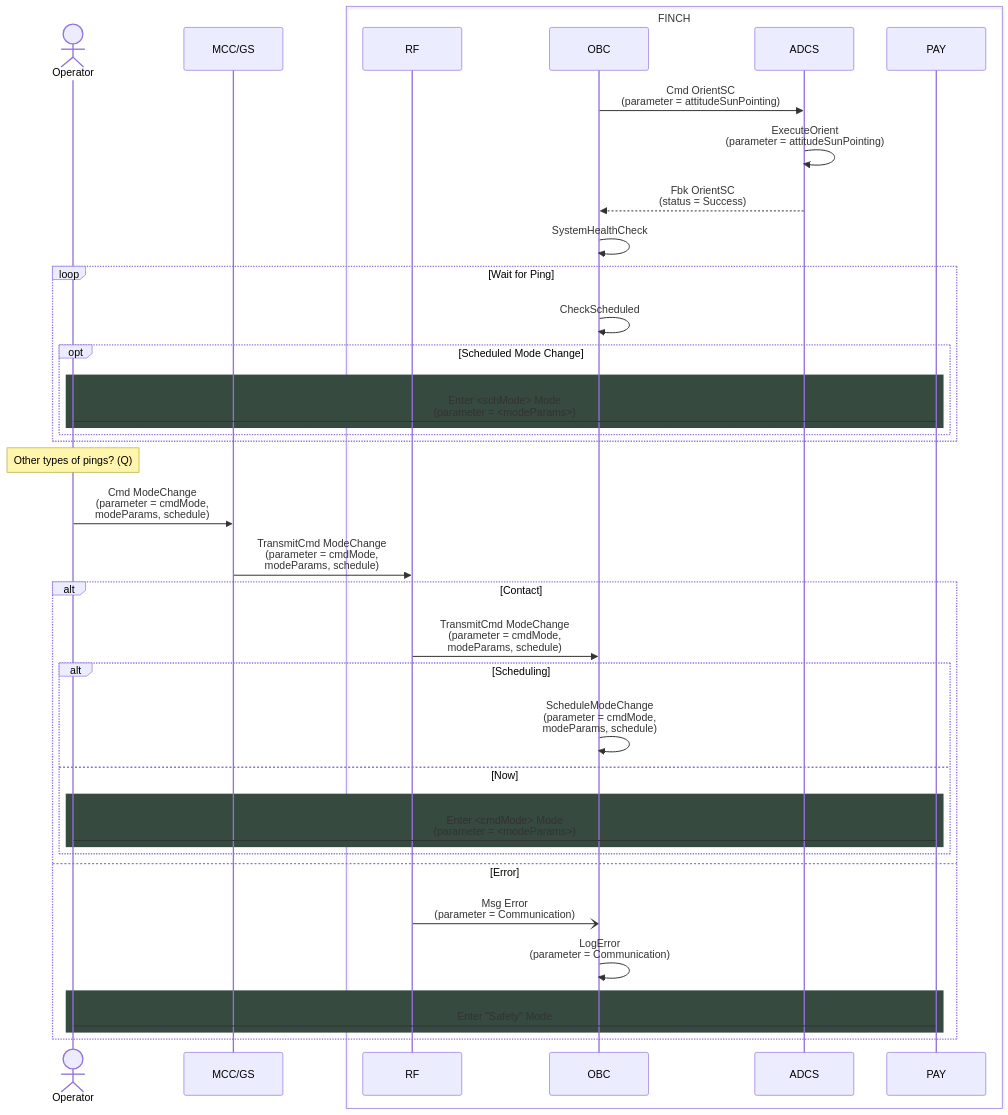
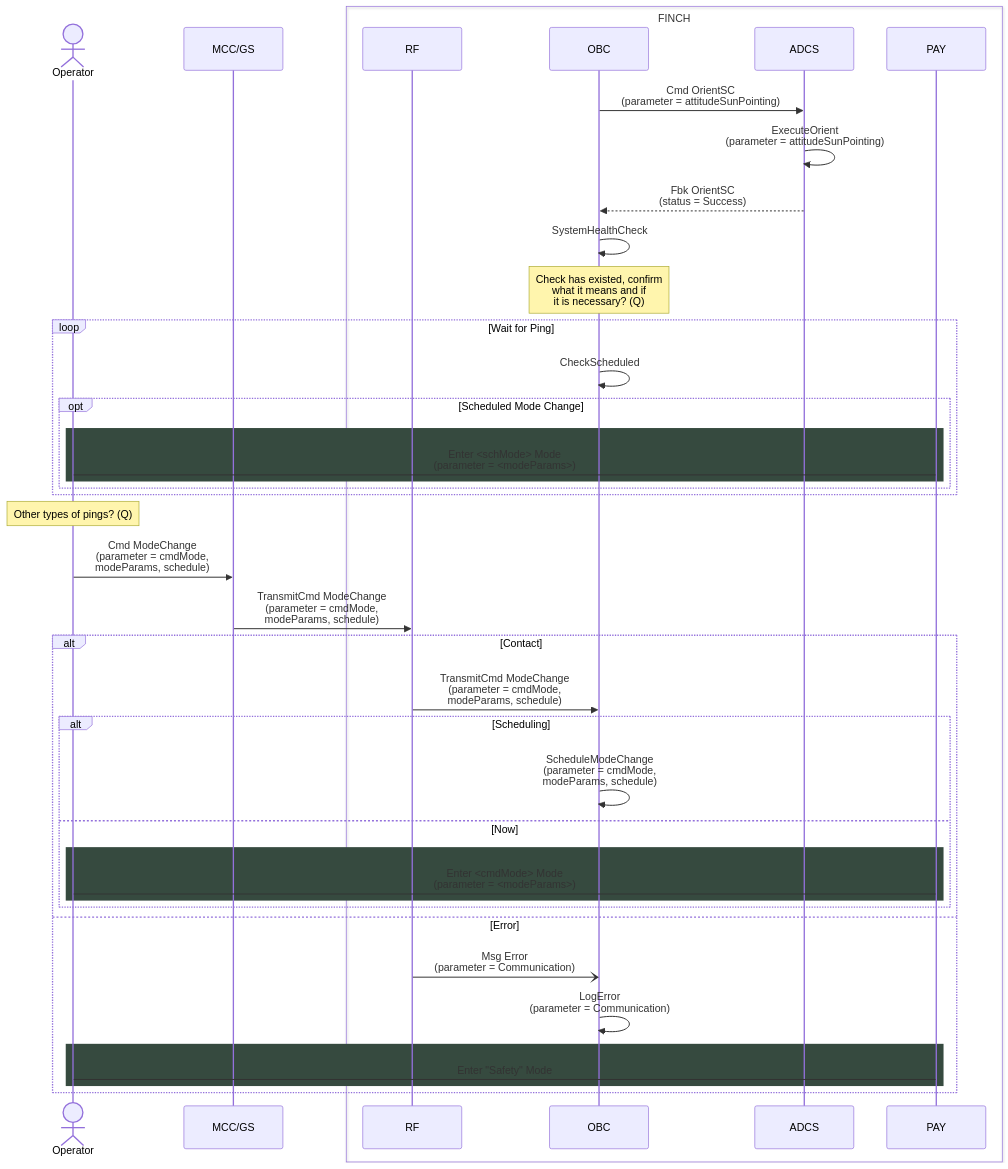
The diagram in command sequences/idle-command.md (Addy-lit/FINCH-system-architecture), drawn with Mermaid before and after one commit.

````diff
--- a/command sequences/idle-command.md
+++ b/command sequences/idle-command.md
@@ -2,46 +2,47 @@
 ```mermaid
 sequenceDiagram
     actor Operator
     participant MCC/GS
     box FINCH
         participant RF
         participant OBC 
         participant ADCS
         participant PAY
     end
 
     OBC ->> ADCS: Cmd OrientSC <br> (parameter = attitudeSunPointing)
     ADCS ->> ADCS: ExecuteOrient <br> (parameter = attitudeSunPointing)
     ADCS -->> OBC: Fbk OrientSC <br> (status = Success)
     OBC ->> OBC: SystemHealthCheck
+    note over OBC: Check has existed, confirm <br> what it means and if <br> it is necessary? (Q)
 
     loop Wait for Ping
         OBC ->> OBC: CheckScheduled
         opt Scheduled Mode Change
             rect rgb(54,74,63)
               	Operator -> PAY: Enter <schMode> Mode <br> (parameter = <modeParams>)
             end
         end
     end
 
     note over Operator: Other types of pings? (Q)
     Operator ->> MCC/GS: Cmd ModeChange <br> (parameter = cmdMode, <br> modeParams, schedule)
     MCC/GS ->> RF: TransmitCmd ModeChange <br> (parameter = cmdMode, <br> modeParams, schedule)
     alt Contact
         RF ->> OBC: TransmitCmd ModeChange <br> (parameter = cmdMode, <br> modeParams, schedule)
         alt Scheduling
             OBC ->> OBC: ScheduleModeChange <br> (parameter = cmdMode, <br> modeParams, schedule)
         else Now
             rect rgb(54,74,63)
                 Operator -> PAY: Enter <cmdMode> Mode <br> (parameter = <modeParams>)
             end
         end
     else Error
         RF -) OBC: Msg Error <br> (parameter = Communication)
         OBC ->> OBC: LogError <br> (parameter = Communication)
         rect rgb(54,74,63)
             Operator -> PAY: Enter "Safety" Mode
         end
     end
 
 ```
````
